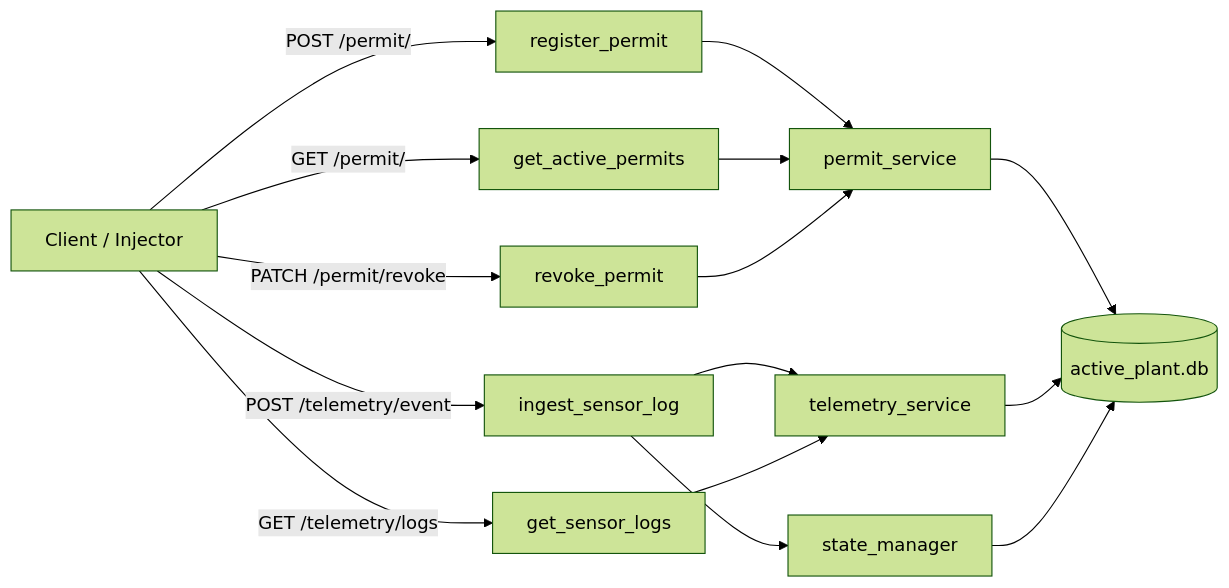
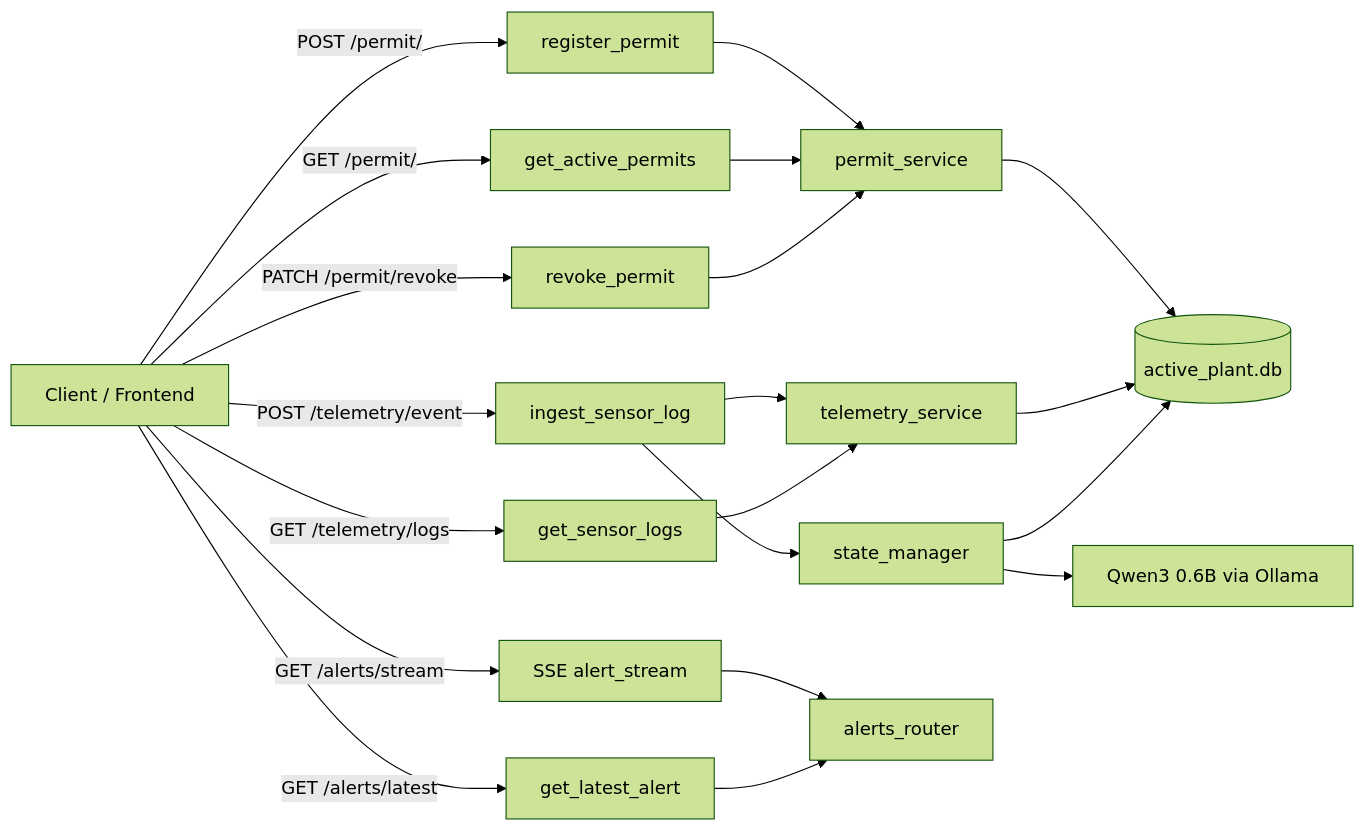
Before and after one commit to mann-rana29/Cereberus-OS: the third of 3 diagrams in README.md, drawn with Mermaid (forest theme). The commit also changed other lines of this file and 4 other files, not shown here.

Commit message:
updated readme added architecture md

````diff
--- a/README.md
+++ b/README.md
@@ -85,18 +277,23 @@
 ```mermaid
 flowchart LR
-    client[Client / Injector]
+    client[Client / Frontend]
     client -->|POST /permit/| R1[register_permit]
     client -->|GET /permit/| R2[get_active_permits]
     client -->|PATCH /permit/revoke| R3[revoke_permit]
     client -->|POST /telemetry/event| R4[ingest_sensor_log]
     client -->|GET /telemetry/logs| R5[get_sensor_logs]
+    client -->|GET /alerts/stream| R6[SSE alert_stream]
+    client -->|GET /alerts/latest| R7[get_latest_alert]
     R1 --> S1[permit_service]
     R2 --> S1
     R3 --> S1
     R4 --> S2[telemetry_service]
     R4 --> S3[state_manager]
     R5 --> S2
+    R6 --> S4[alerts_router]
+    R7 --> S4
     S1 --> DB[(active_plant.db)]
     S2 --> DB
     S3 --> DB
+    S3 --> LLM[Qwen3 0.6B via Ollama]
 ```
````
